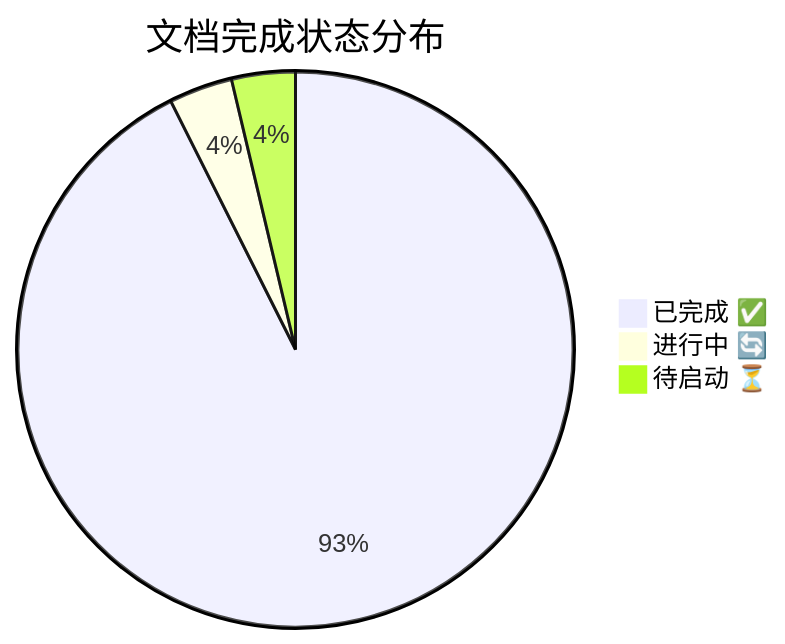
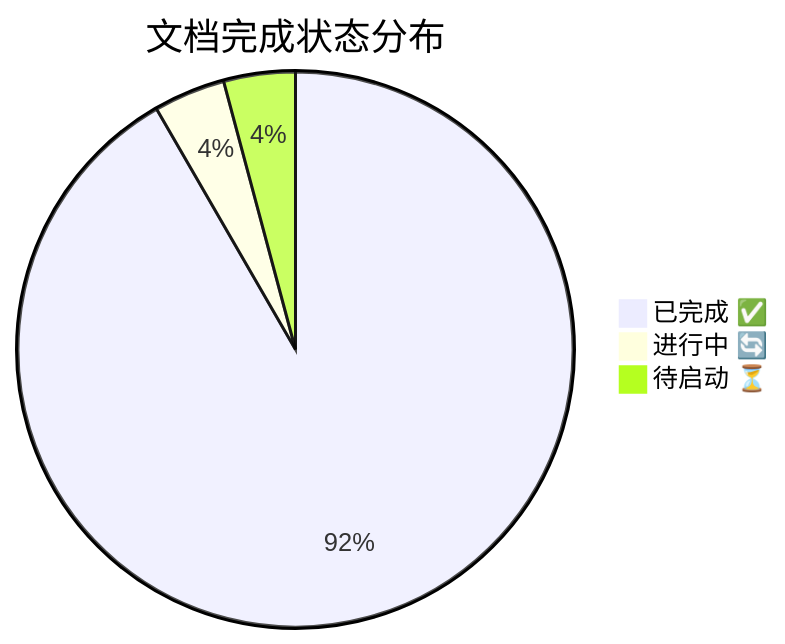
Before and after one commit to yimeng2026/TOE-SYLVA: the first of 3 diagrams in framework/DASHBOARD.md, drawn with Mermaid. The commit also changed other lines of this file and 405 other files, not shown here.

````diff
--- a/framework/DASHBOARD.md
+++ b/framework/DASHBOARD.md
@@ -33,6 +32,6 @@
 ```mermaid
 pie title 文档完成状态分布
-    "已完成 ✅" : 75
+    "已完成 ✅" : 66
     "进行中 🔄" : 3
     "待启动 ⏳" : 3
 ```
````
